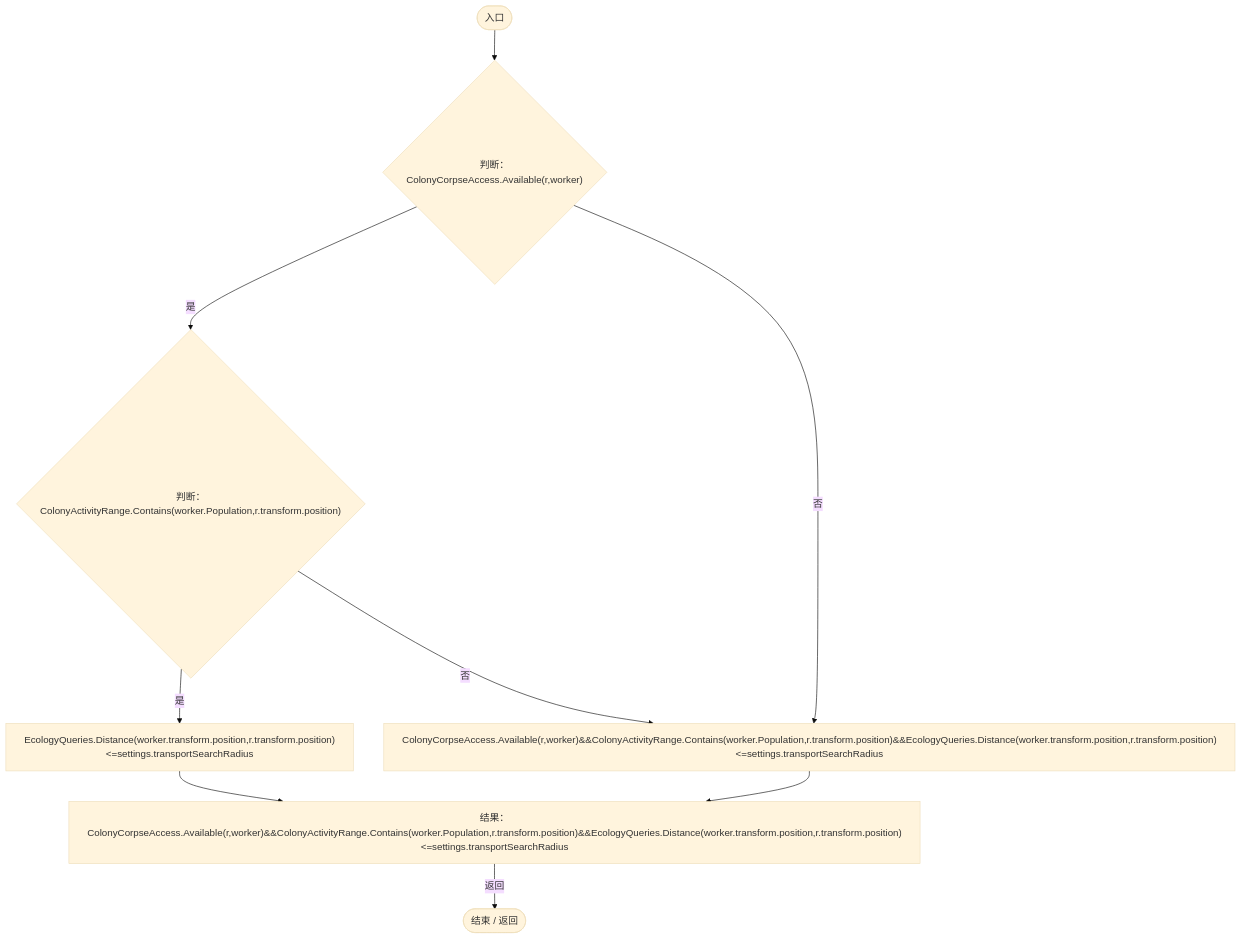
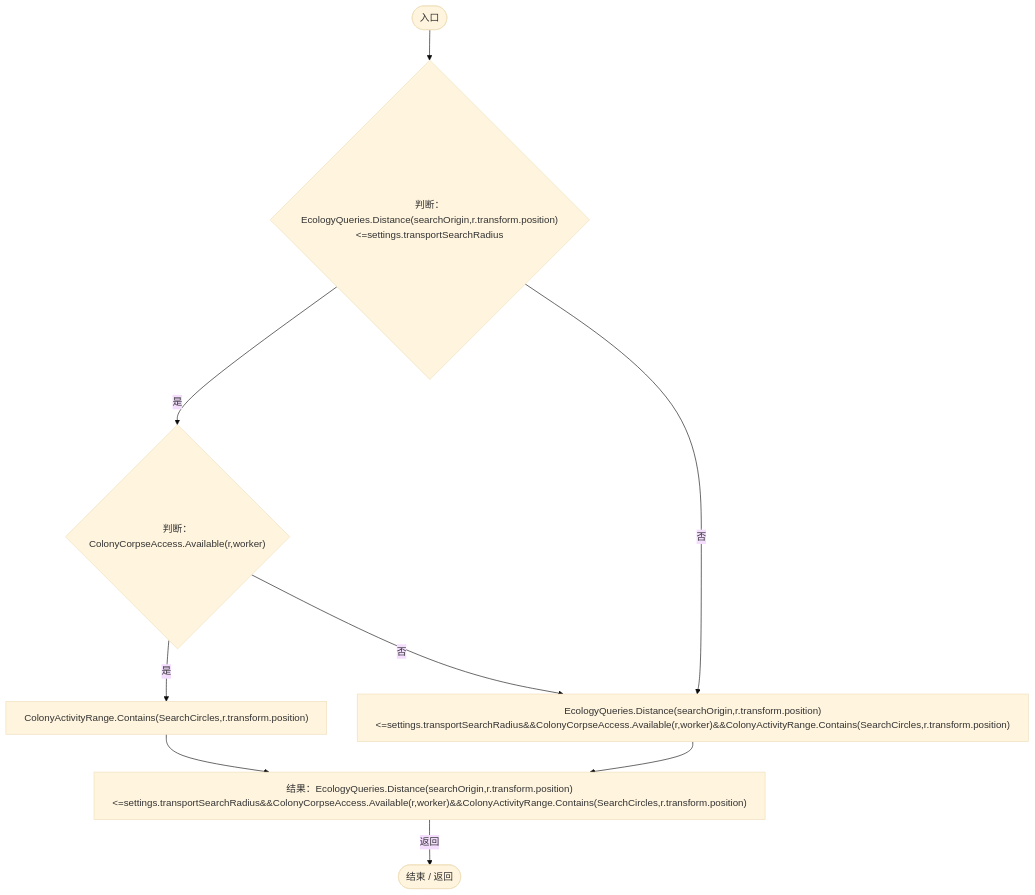
Before and after one commit to xhs6666/Darwin_paradise: the eighth of 19 diagrams in Docs/运行流程图/脚本/8a0cca2020271b6f.md, drawn with Mermaid (base theme). The commit also changed other lines of this file and 184 other files, not shown here.

Commit message:
fix: eliminate colony search stalls and unify entity inspection

````diff
--- a/Docs/运行流程图/脚本/8a0cca2020271b6f.md
+++ b/Docs/运行流程图/脚本/8a0cca2020271b6f.md
@@ -500,19 +524,19 @@
 ```mermaid
 flowchart TD
   b0(["入口"])
-  b1{"判断：ColonyCorpseAccess.Available(r,worker)"}
-  b2{"判断：ColonyActivityRange.Contains(worker.Population,r.transform.position)"}
-  b3["EcologyQueries.Distance(worker.transform.position,r.transform.position)&lt;=settings.transportSearchRadius"]
-  b4["ColonyCorpseAccess.Available(r,worker)&amp;&amp;ColonyActivityRange.Contains(worker.Population,r.transform.position)&amp;&amp;EcologyQueries.Distance(worker.transform.position,r.transform.position)&lt;=settings.transportSearchRadius"]
-  b5["结果：ColonyCorpseAccess.Available(r,worker)&amp;&amp;ColonyActivityRange.Contains(worker.Population,r.transform.position)&amp;&amp;EcologyQueries.Distance(worker.transform.position,r.transform.position)&lt;=settings.transportSearchRadius"]
+  b1{"判断：EcologyQueries.Distance(searchOrigin,r.transform.position)&lt;=settings.transportSearchRadius"}
+  b2{"判断：ColonyCorpseAccess.Available(r,worker)"}
+  b3["ColonyActivityRange.Contains(SearchCircles,r.transform.position)"]
+  b4["EcologyQueries.Distance(searchOrigin,r.transform.position)&lt;=settings.transportSearchRadius&amp;&amp;ColonyCorpseAccess.Available(r,worker)&amp;&amp;ColonyActivityRange.Contains(SearchCircles,r.transform.position)"]
+  b5["结果：EcologyQueries.Distance(searchOrigin,r.transform.position)&lt;=settings.transportSearchRadius&amp;&amp;ColonyCorpseAccess.Available(r,worker)&amp;&amp;ColonyActivityRange.Contains(SearchCircles,r.transform.position)"]
   b6(["结束 / 返回"])
   b0 --> b1
   b1 -->|"是"| b2
   b1 -->|"否"| b4
   b2 -->|"是"| b3
   b2 -->|"否"| b4
   b3 --> b5
   b4 --> b5
   b5 -->|"返回"| b6
 
 ```
````
